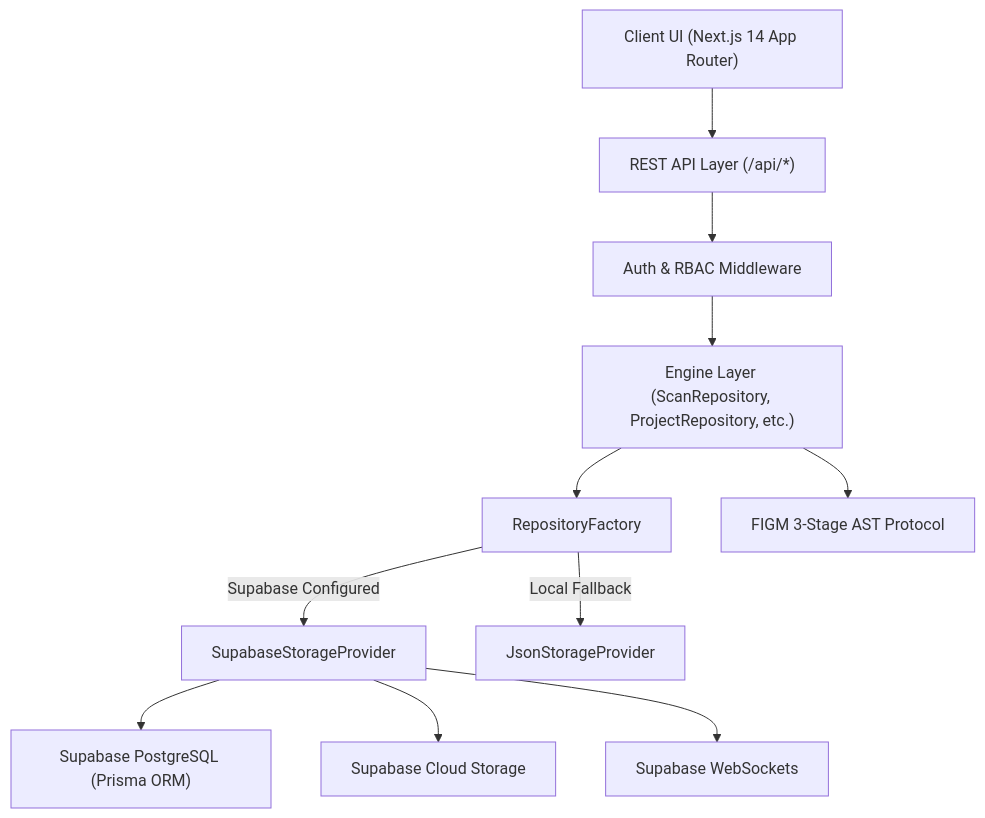
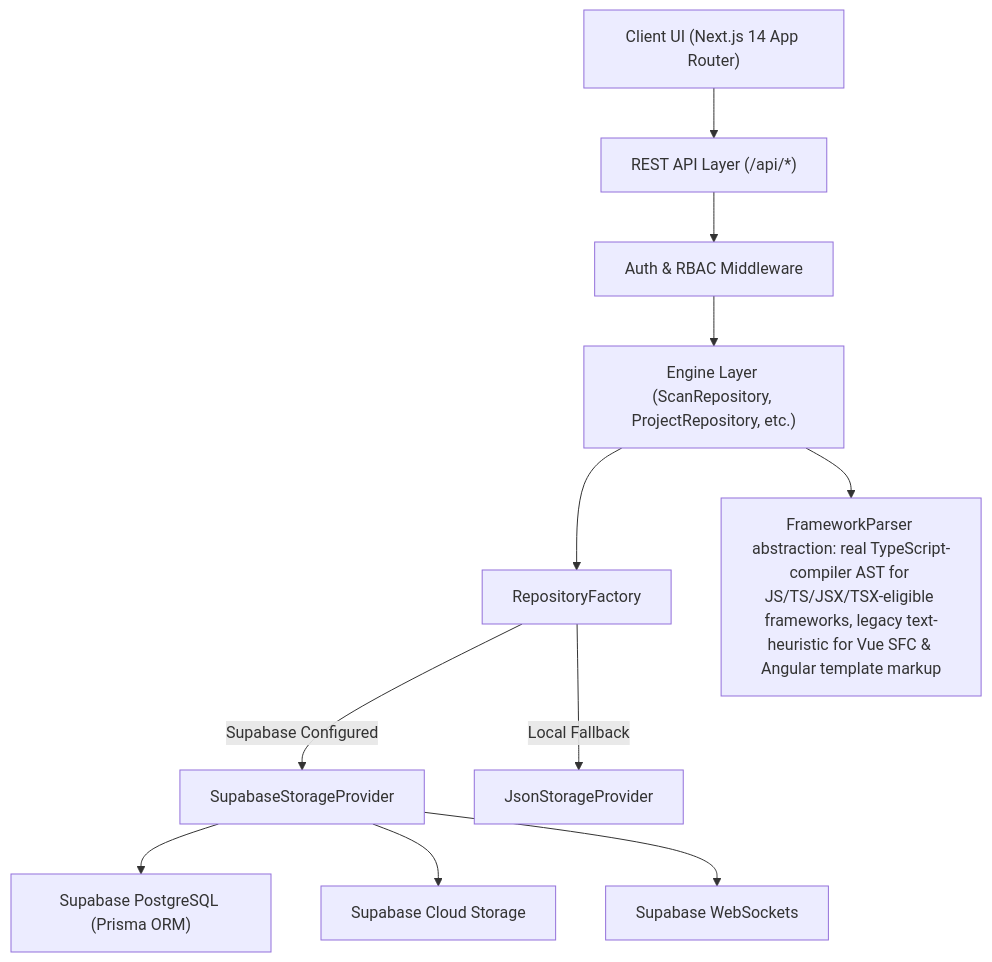
The diagram in ARCHITECTURE.md (ssanjula2/FIGM), drawn with Mermaid before and after one commit. The commit also changed other lines of this file and 17 other files, not shown here.

````diff
--- a/ARCHITECTURE.md
+++ b/ARCHITECTURE.md
@@ -9,13 +9,13 @@
 ```mermaid
 graph TD
     Client["Client UI (Next.js 14 App Router)"] --> REST["REST API Layer (/api/*)"]
     REST --> Middleware["Auth & RBAC Middleware"]
     Middleware --> Services["Engine Layer (ScanRepository, ProjectRepository, etc.)"]
     Services --> Factory["RepositoryFactory"]
     Factory -->|Supabase Configured| SupabaseProvider["SupabaseStorageProvider"]
     Factory -->|Local Fallback| JsonProvider["JsonStorageProvider"]
     SupabaseProvider --> Postgres["Supabase PostgreSQL (Prisma ORM)"]
     SupabaseProvider --> Storage["Supabase Cloud Storage"]
     SupabaseProvider --> Realtime["Supabase WebSockets"]
-    Services --> ASTEngine["FIGM 3-Stage AST Protocol"]
+    Services --> ASTEngine["FrameworkParser abstraction: real TypeScript-compiler AST for JS/TS/JSX/TSX-eligible frameworks, legacy text-heuristic for Vue SFC & Angular template markup"]
 ```
````
